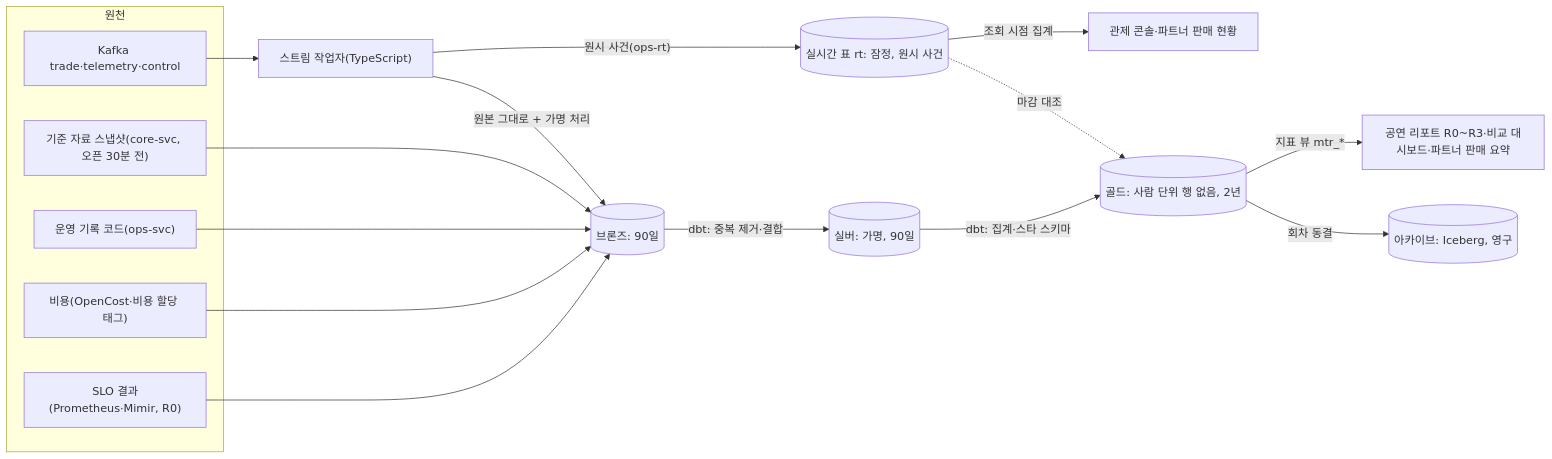
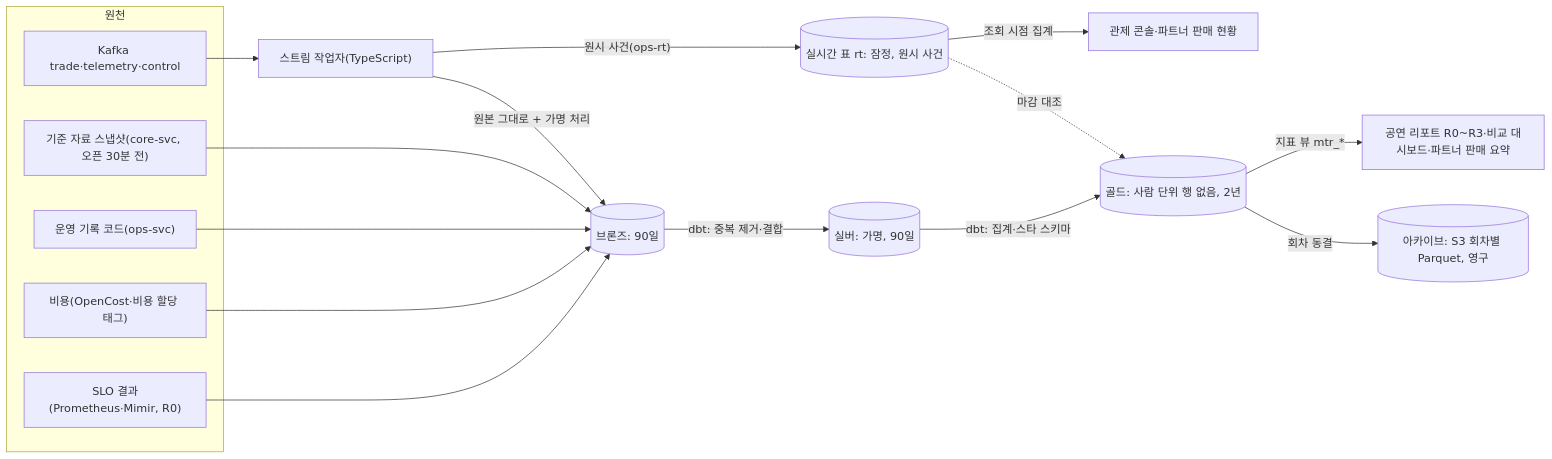
Before and after one commit to peaket/peaket: the diagram in docs/features/analytics.md, drawn with Mermaid. The commit also changed other lines of this file and 228 other files, not shown here.

````diff
--- a/docs/features/analytics.md
+++ b/docs/features/analytics.md
@@ -51,23 +51,23 @@
 ```mermaid
 flowchart LR
     subgraph SRC["원천"]
         K["Kafka trade·telemetry·control"]
         REF["기준 자료 스냅샷(core-svc, 오픈 30분 전)"]
         OPS["운영 기록 코드(ops-svc)"]
         COST["비용(OpenCost·비용 할당 태그)"]
         SLO["SLO 결과(Prometheus·Mimir, R0)"]
     end
     K --> FL["스트림 작업자(TypeScript)"]
     FL -->|"원시 사건(ops-rt)"| RT[("실시간 표 rt: 잠정, 원시 사건")]
     RT -->|"조회 시점 집계"| CON["관제 콘솔·파트너 판매 현황"]
     FL -->|"원본 그대로 + 가명 처리"| BR[("브론즈: 90일")]
     REF --> BR
     OPS --> BR
     COST --> BR
     SLO --> BR
     BR -->|"dbt: 중복 제거·결합"| SV[("실버: 가명, 90일")]
     SV -->|"dbt: 집계·스타 스키마"| GD[("골드: 사람 단위 행 없음, 2년")]
     GD -->|"지표 뷰 mtr_*"| RPT["공연 리포트 R0~R3·비교 대시보드·파트너 판매 요약"]
-    GD -->|"회차 동결"| ICE[("아카이브: Iceberg, 영구")]
+    GD -->|"회차 동결"| ICE[("아카이브: S3 회차별 Parquet, 영구")]
     RT -.->|"마감 대조"| GD
 ```
````
